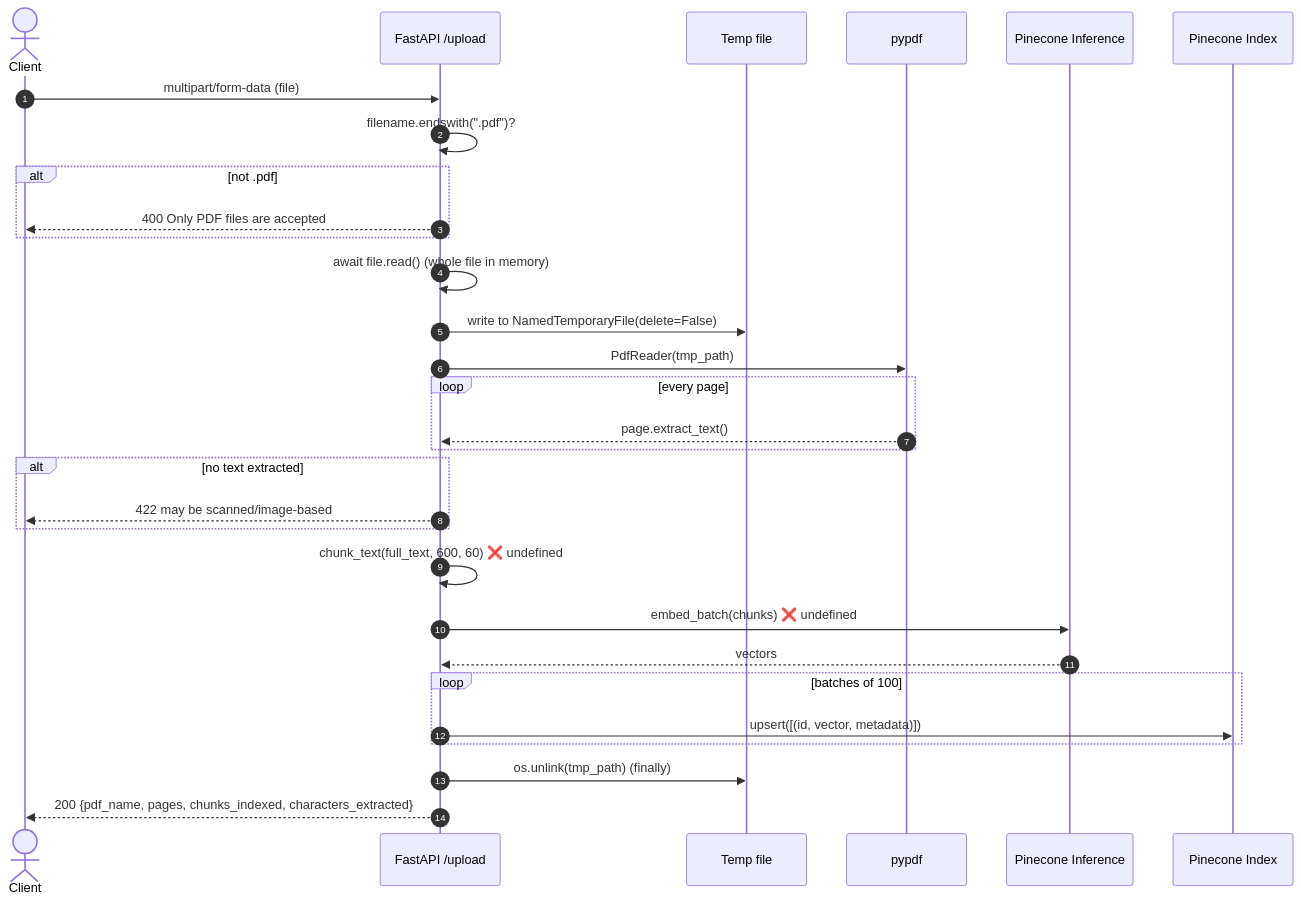
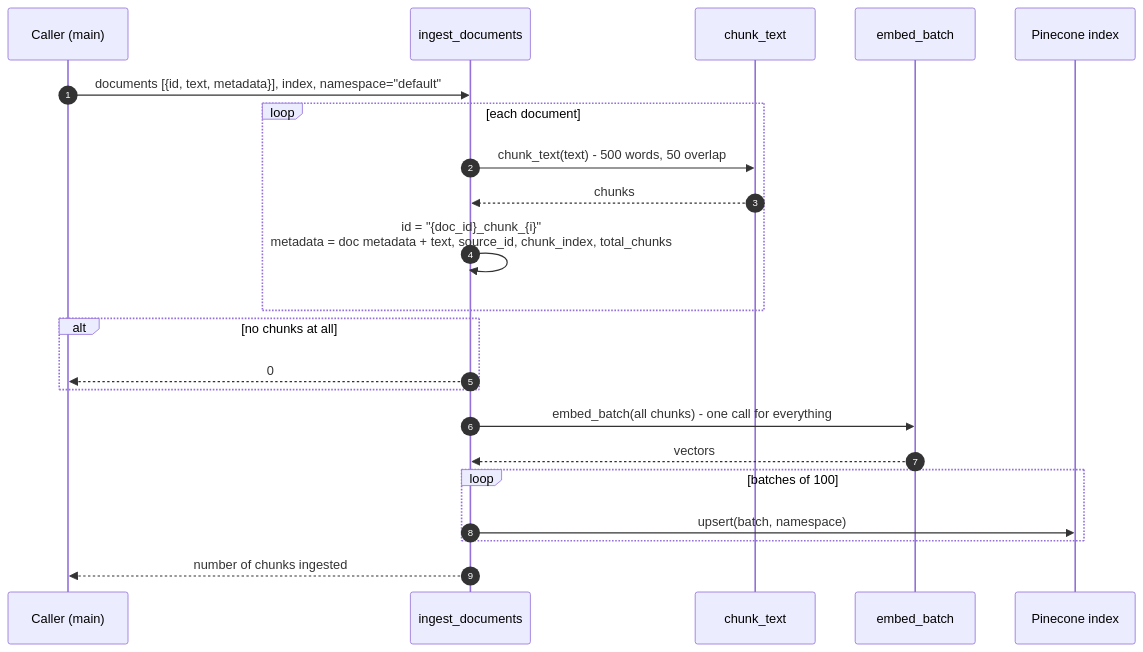
One commit to lsolor/korg-pdf-qa changed the fourth of 19 diagrams in ARCHITECTURE.md. Above: the diagram before and after it, drawn with Mermaid. The commit also changed other lines of this file, not shown here.

First line of the commit message:
Update ARCHITECTURE.md for the script-based RAG pipeline

````diff
--- a/ARCHITECTURE.md
+++ b/ARCHITECTURE.md
@@ -220,33 +227,25 @@
 ```mermaid
 sequenceDiagram
     autonumber
-    actor C as Client
-    participant API as FastAPI /upload
-    participant FS as Temp file
-    participant PDF as pypdf
-    participant EMB as Pinecone Inference
-    participant VDB as Pinecone Index
+    participant C as Caller (main)
+    participant I as ingest_documents
+    participant K as chunk_text
+    participant E as embed_batch
+    participant V as Pinecone index
 
-    C->>API: multipart/form-data (file)
-    API->>API: filename.endswith(".pdf")?
-    alt not .pdf
-        API-->>C: 400 Only PDF files are accepted
+    C->>I: documents [{id, text, metadata}], index, namespace="default"
+    loop each document
+        I->>K: chunk_text(text) - 500 words, 50 overlap
+        K-->>I: chunks
+        I->>I: id = "{doc_id}_chunk_{i}"<br/>metadata = doc metadata + text, source_id, chunk_index, total_chunks
     end
-    API->>API: await file.read() (whole file in memory)
-    API->>FS: write to NamedTemporaryFile(delete=False)
-    API->>PDF: PdfReader(tmp_path)
-    loop every page
-        PDF-->>API: page.extract_text()
+    alt no chunks at all
+        I-->>C: 0
     end
-    alt no text extracted
-        API-->>C: 422 may be scanned/image-based
+    I->>E: embed_batch(all chunks) - one call for everything
+    E-->>I: vectors
+    loop batches of 100
+        I->>V: upsert(batch, namespace)
     end
-    API->>API: chunk_text(full_text, 600, 60) ❌ undefined
-    API->>EMB: embed_batch(chunks) ❌ undefined
-    EMB-->>API: vectors
-    loop batches of 100
-        API->>VDB: upsert([(id, vector, metadata)])
-    end
-    API->>FS: os.unlink(tmp_path) (finally)
-    API-->>C: 200 {pdf_name, pages, chunks_indexed, characters_extracted}
+    I-->>C: number of chunks ingested
 ```
````
